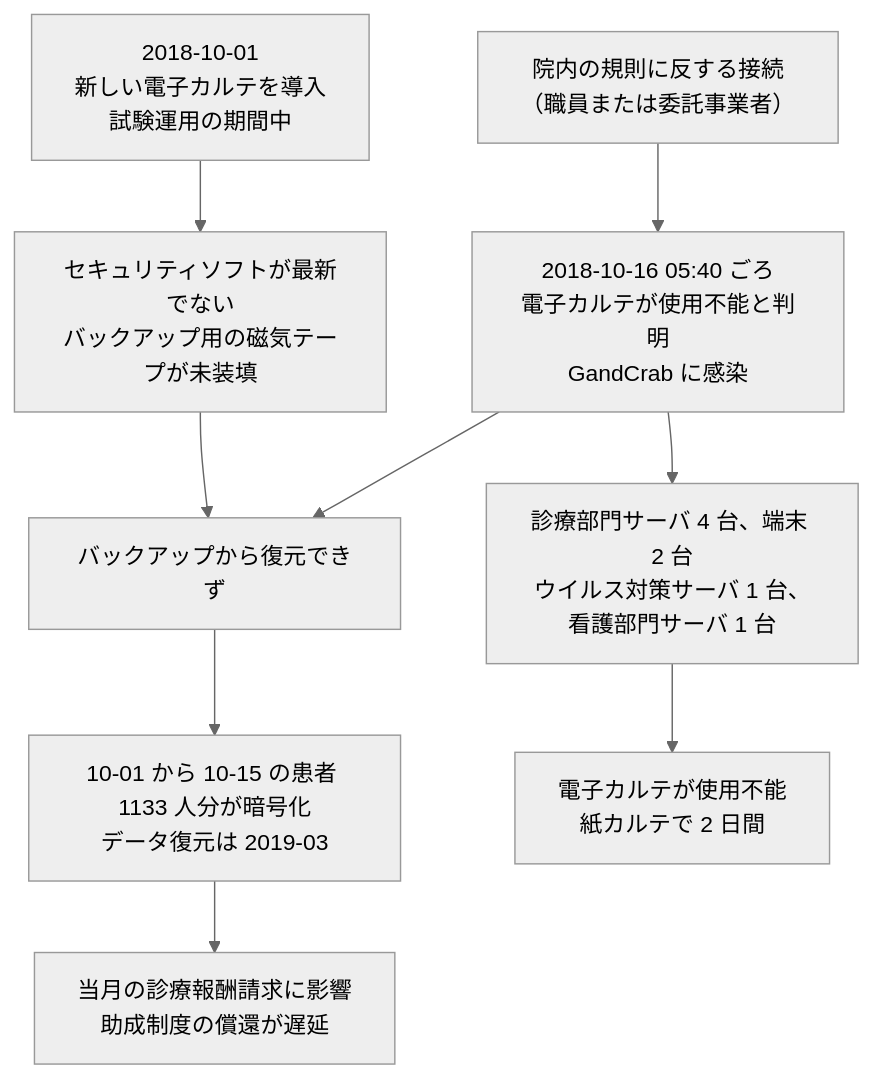
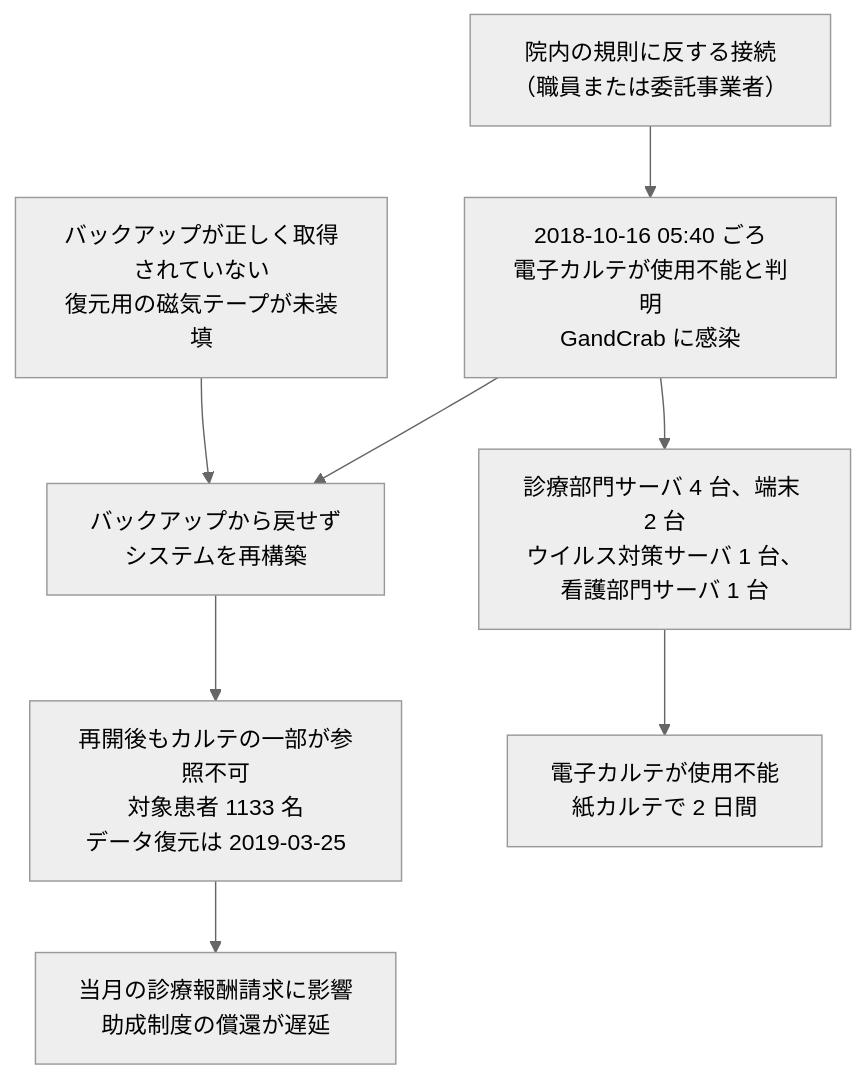
Before and after one commit to scgajge12/awesome-healthcare-security: the third of 4 diagrams in docs/threats/incidents/japan/2019-earlier.md, drawn with Mermaid (neutral theme). The commit also changed other lines of this file, not shown here.

````diff
--- a/docs/threats/incidents/japan/2019-earlier.md
+++ b/docs/threats/incidents/japan/2019-earlier.md
@@ -575,11 +575,10 @@
 ```mermaid
 flowchart TD
-    A["2018-10-01<br>新しい電子カルテを導入<br>試験運用の期間中"] --> B["セキュリティソフトが最新でない<br>バックアップ用の磁気テープが未装填"]
+    A["バックアップが正しく取得されていない<br>復元用の磁気テープが未装填"] --> E["バックアップから戻せず<br>システムを再構築"]
     C["院内の規則に反する接続<br>（職員または委託事業者）"] --> D["2018-10-16 05:40 ごろ<br>電子カルテが使用不能と判明<br>GandCrab に感染"]
-    B --> E["バックアップから復元できず"]
     D --> E
     D --> F["診療部門サーバ 4 台、端末 2 台<br>ウイルス対策サーバ 1 台、看護部門サーバ 1 台"]
     F --> G["電子カルテが使用不能<br>紙カルテで 2 日間"]
-    E --> H["10-01 から 10-15 の患者 1133 人分が暗号化<br>データ復元は 2019-03"]
+    E --> H["再開後もカルテの一部が参照不可<br>対象患者 1133 名<br>データ復元は 2019-03-25"]
     H --> I["当月の診療報酬請求に影響<br>助成制度の償還が遅延"]
 ```
````
